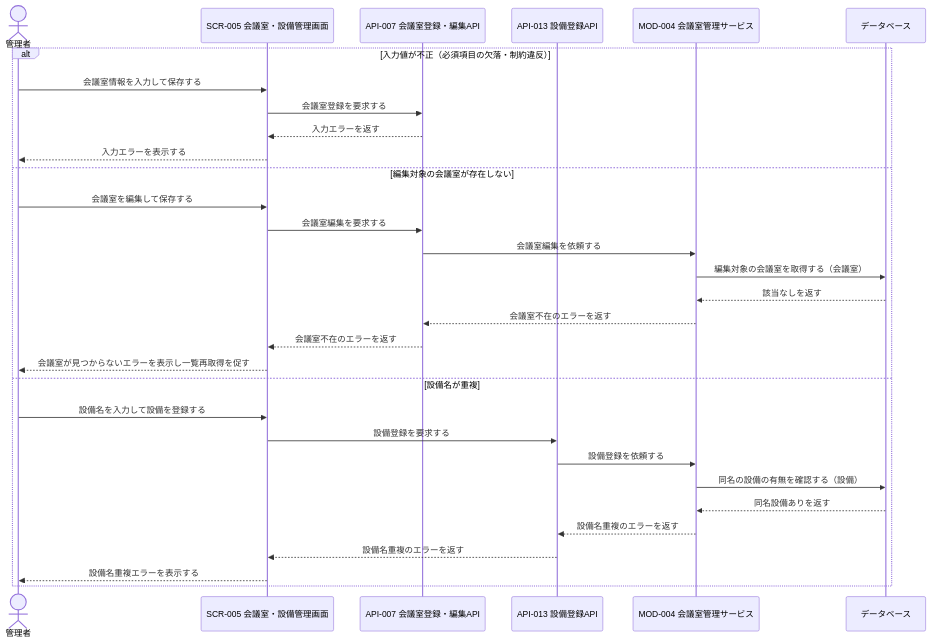
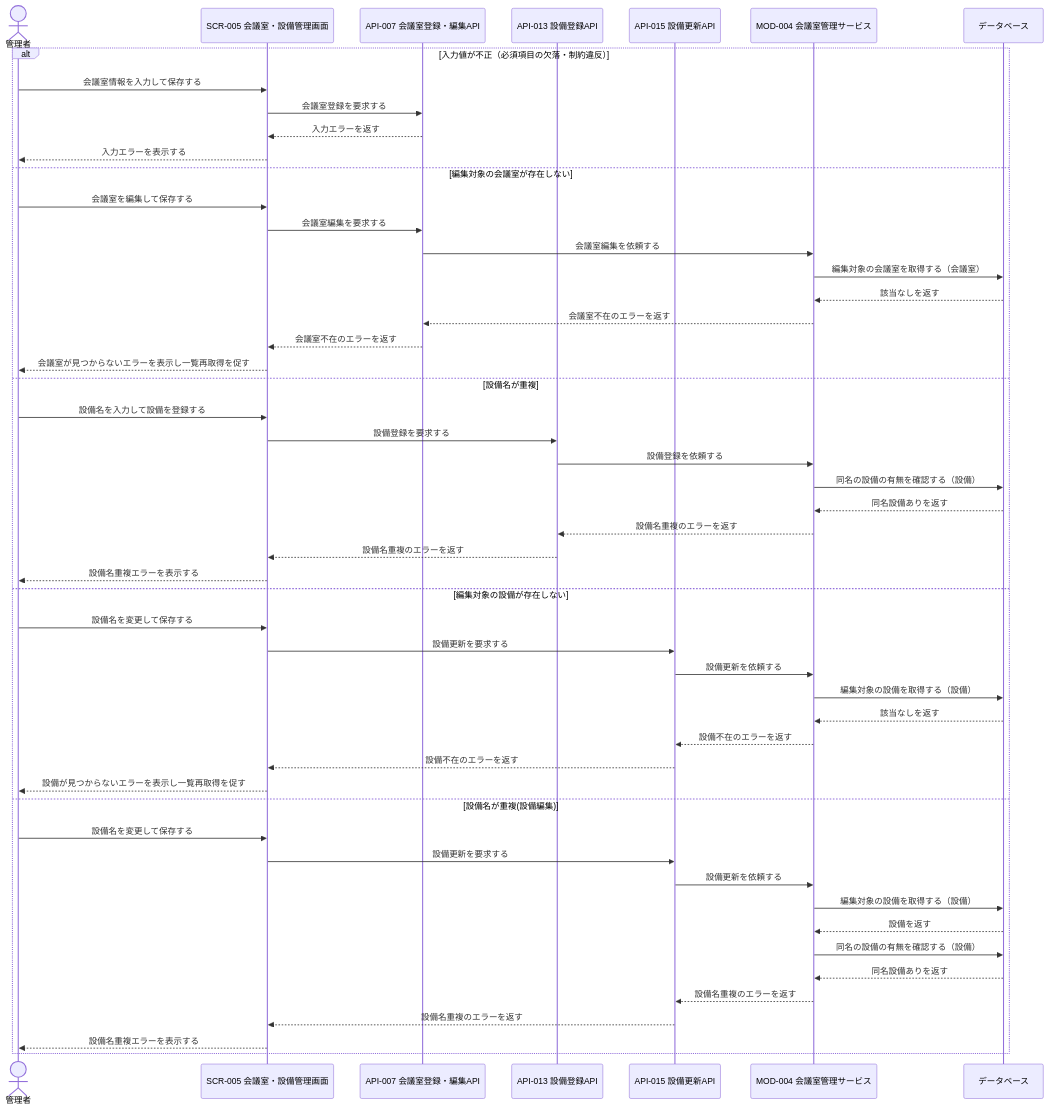
One commit to sikakou54/system-document-template changed the fifth of 5 diagrams in docs/03_機能設計/02_シーケンス設計/SEQ-009_会議室・設備管理シーケンス.md. Above: the diagram before and after it, drawn with Mermaid. The commit also changed other lines of this file and 136 other files, not shown here.

````diff
--- a/docs/03_機能設計/02_シーケンス設計/SEQ-009_会議室・設備管理シーケンス.md
+++ b/docs/03_機能設計/02_シーケンス設計/SEQ-009_会議室・設備管理シーケンス.md
@@ -145,34 +220,55 @@
 ```mermaid
 sequenceDiagram
     actor U as 管理者
     participant UI as SCR-005 会議室・設備管理画面
     participant API as API-007 会議室登録・編集API
     participant EQREG as API-013 設備登録API
+    participant EQEDIT as API-015 設備更新API
     participant MOD as MOD-004 会議室管理サービス
     participant DB as データベース
 
     alt 入力値が不正（必須項目の欠落・制約違反）
         U->>UI: 会議室情報を入力して保存する
         UI->>API: 会議室登録を要求する
         API-->>UI: 入力エラーを返す
         UI-->>U: 入力エラーを表示する
     else 編集対象の会議室が存在しない
         U->>UI: 会議室を編集して保存する
         UI->>API: 会議室編集を要求する
         API->>MOD: 会議室編集を依頼する
         MOD->>DB: 編集対象の会議室を取得する（会議室）
         DB-->>MOD: 該当なしを返す
         MOD-->>API: 会議室不在のエラーを返す
         API-->>UI: 会議室不在のエラーを返す
         UI-->>U: 会議室が見つからないエラーを表示し一覧再取得を促す
     else 設備名が重複
         U->>UI: 設備名を入力して設備を登録する
         UI->>EQREG: 設備登録を要求する
         EQREG->>MOD: 設備登録を依頼する
         MOD->>DB: 同名の設備の有無を確認する（設備）
         DB-->>MOD: 同名設備ありを返す
         MOD-->>EQREG: 設備名重複のエラーを返す
         EQREG-->>UI: 設備名重複のエラーを返す
         UI-->>U: 設備名重複エラーを表示する
+    else 編集対象の設備が存在しない
+        U->>UI: 設備名を変更して保存する
+        UI->>EQEDIT: 設備更新を要求する
+        EQEDIT->>MOD: 設備更新を依頼する
+        MOD->>DB: 編集対象の設備を取得する（設備）
+        DB-->>MOD: 該当なしを返す
+        MOD-->>EQEDIT: 設備不在のエラーを返す
+        EQEDIT-->>UI: 設備不在のエラーを返す
+        UI-->>U: 設備が見つからないエラーを表示し一覧再取得を促す
+    else 設備名が重複(設備編集)
+        U->>UI: 設備名を変更して保存する
+        UI->>EQEDIT: 設備更新を要求する
+        EQEDIT->>MOD: 設備更新を依頼する
+        MOD->>DB: 編集対象の設備を取得する（設備）
+        DB-->>MOD: 設備を返す
+        MOD->>DB: 同名の設備の有無を確認する（設備）
+        DB-->>MOD: 同名設備ありを返す
+        MOD-->>EQEDIT: 設備名重複のエラーを返す
+        EQEDIT-->>UI: 設備名重複のエラーを返す
+        UI-->>U: 設備名重複エラーを表示する
     end
 ```
````
